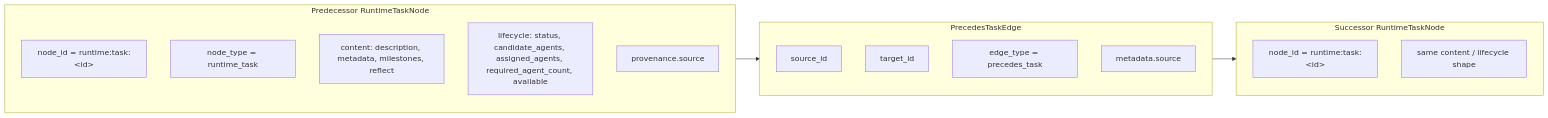
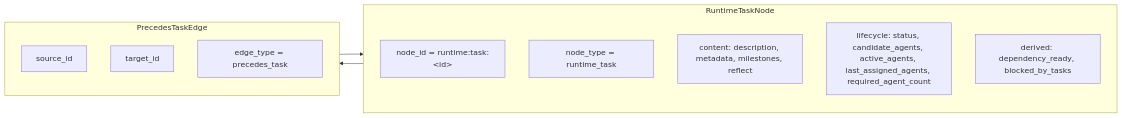
One commit to uPiscium/VillagerAgent changed the fourth of 6 diagrams in docs/architecture.md. Above: the diagram before and after it, drawn with Mermaid. The commit also changed other lines of this file and 8 other files, not shown here.

Commit message:
Document runtime task DAG boundaries (#274)

````diff
--- a/docs/architecture.md
+++ b/docs/architecture.md
@@ -138,24 +105,18 @@
 ```mermaid
 flowchart LR
-    subgraph P[Predecessor RuntimeTaskNode]
-        P1["node_id = runtime:task:&lt;id&gt;"]
-        P2["node_type = runtime_task"]
-        P3["content: description, metadata, milestones, reflect"]
-        P4["lifecycle: status, candidate_agents, assigned_agents, required_agent_count, available"]
-        P5["provenance.source"]
+    subgraph Node[RuntimeTaskNode]
+        N1["node_id = runtime:task:&lt;id&gt;"]
+        N2["node_type = runtime_task"]
+        N3["content: description, metadata, milestones, reflect"]
+        N4["lifecycle: status, candidate_agents, active_agents, last_assigned_agents, required_agent_count"]
+        N5["derived: dependency_ready, blocked_by_tasks"]
     end
 
-    subgraph E[PrecedesTaskEdge]
-        E1["source_id"]
-        E2["target_id"]
-        E3["edge_type = precedes_task"]
-        E4["metadata.source"]
+    subgraph Edge[PrecedesTaskEdge]
+        E1[source_id]
+        E2[target_id]
+        E3[edge_type = precedes_task]
     end
 
-    subgraph S[Successor RuntimeTaskNode]
-        S1["node_id = runtime:task:&lt;id&gt;"]
-        S2["same content / lifecycle shape"]
-    end
-
-    P --> E --> S
+    Node --> Edge --> Node
 ```
````
